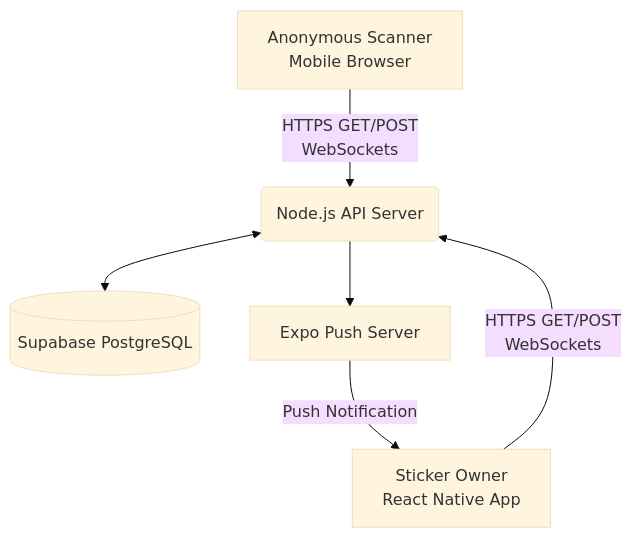
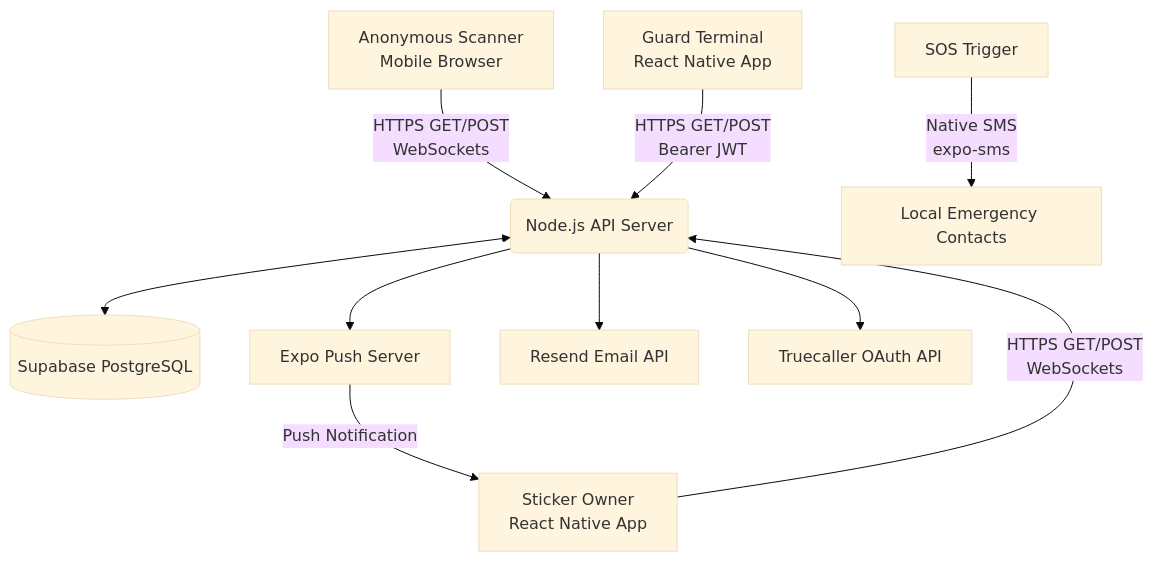
One commit to ajitalive/linknpark changed the first of 2 diagrams in ARCHITECTURE.md. Above: the diagram before and after it, drawn with Mermaid (base theme). The commit also changed other lines of this file and 34 other files, not shown here.

````diff
--- a/ARCHITECTURE.md
+++ b/ARCHITECTURE.md
@@ -35,8 +52,12 @@
 ```mermaid
 graph TD
-    A[Anonymous Scanner<br>Mobile Browser] -->|HTTPS GET/POST<br>WebSockets| B(Node.js API Server)
-    C[Sticker Owner<br>React Native App] -->|HTTPS GET/POST<br>WebSockets| B
-    B <--> D[(Supabase PostgreSQL)]
-    B --> E[Expo Push Server]
-    E -->|Push Notification| C
+    A["Anonymous Scanner<br>Mobile Browser"] -->|HTTPS GET/POST<br>WebSockets| B(Node.js API Server)
+    C["Sticker Owner<br>React Native App"] -->|HTTPS GET/POST<br>WebSockets| B
+    D["Guard Terminal<br>React Native App"] -->|HTTPS GET/POST<br>Bearer JWT| B
+    B <--> E[(Supabase PostgreSQL)]
+    B --> F[Expo Push Server]
+    F -->|Push Notification| C
+    B --> G[Resend Email API]
+    B --> H[Truecaller OAuth API]
+    SOS[SOS Trigger] -->|Native SMS<br>expo-sms| Contacts[Local Emergency Contacts]
 ```
````
